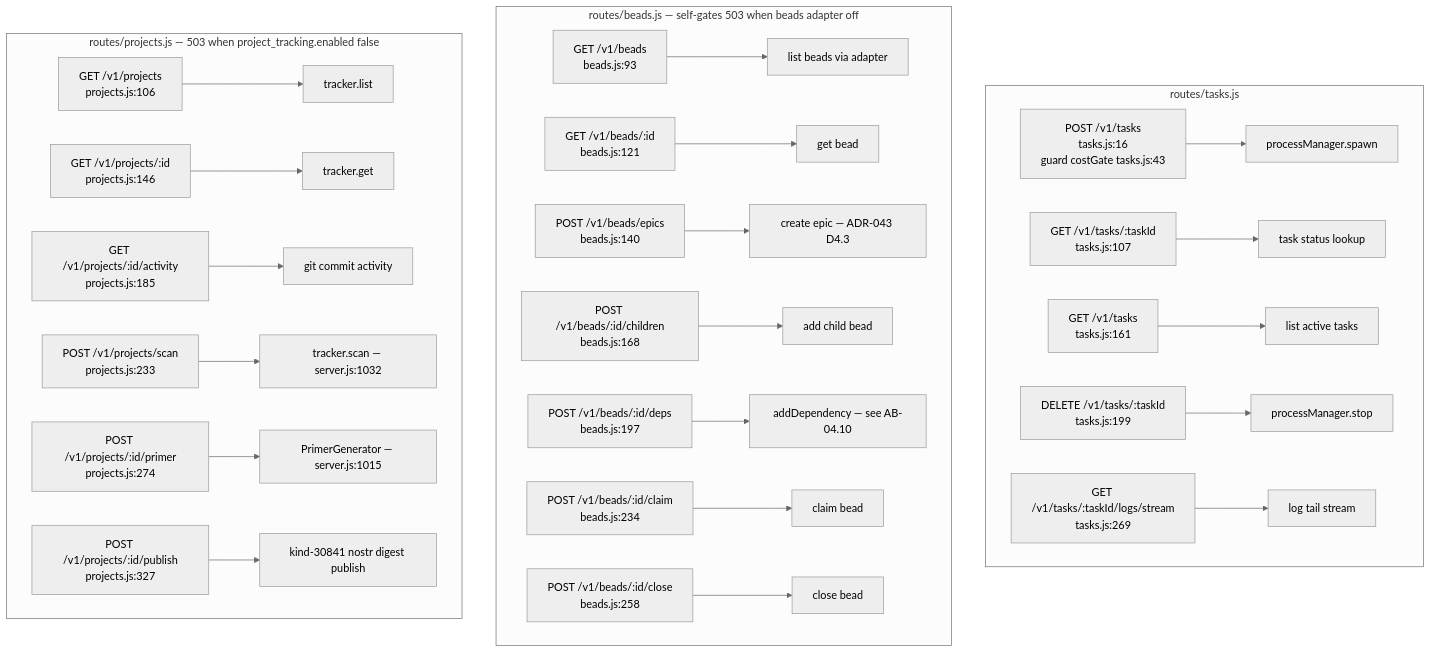
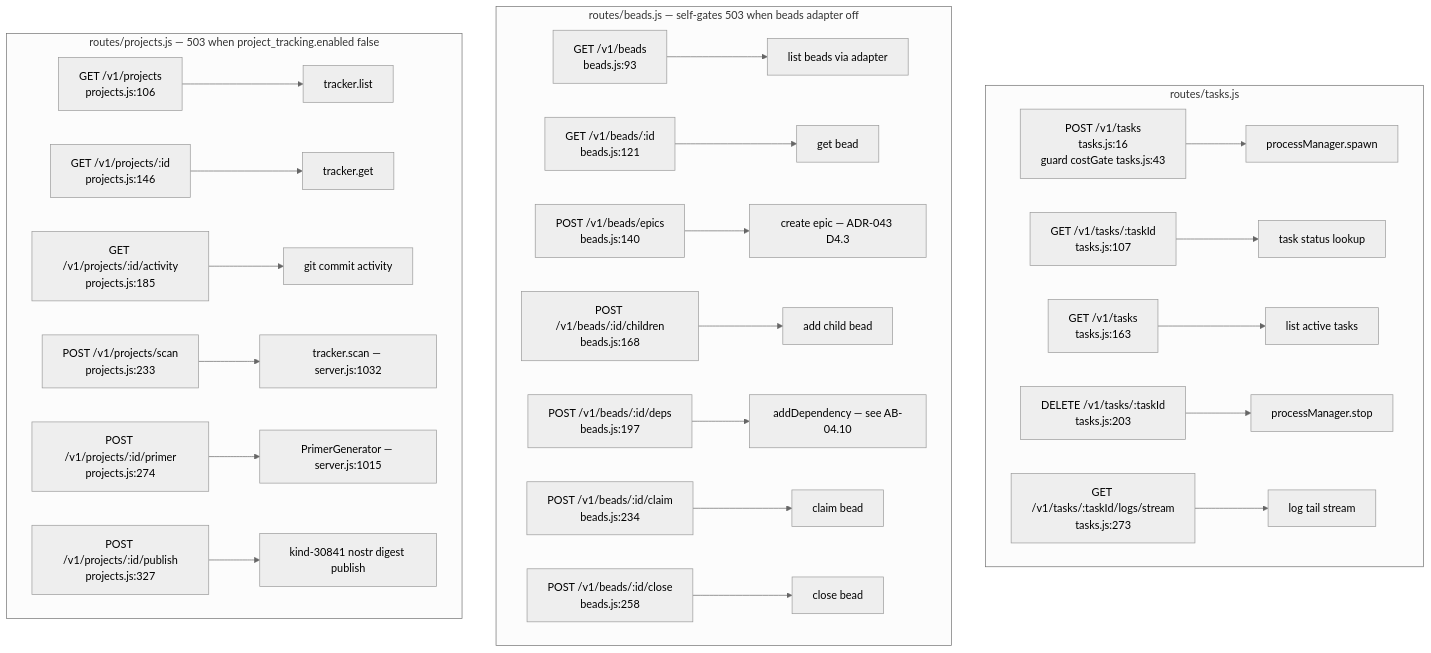
One commit to DreamLab-AI/VisionFlow changed the seventh of 17 diagrams in docs/diagrams/agentbox/03-management-api-request-lifecycle.md. Above: the diagram before and after it, drawn with Mermaid (neutral theme). The commit also changed other lines of this file and 111 other files, not shown here.

Commit message:
docs(diagrams): align estate maps with current source

````diff
--- a/docs/diagrams/agentbox/03-management-api-request-lifecycle.md
+++ b/docs/diagrams/agentbox/03-management-api-request-lifecycle.md
@@ -301,27 +301,27 @@
 ```mermaid
 flowchart TD
     subgraph tasks["routes/tasks.js"]
         T1["POST /v1/tasks<br/>tasks.js:16<br/>guard costGate tasks.js:43"] --> TH1["processManager.spawn"]
         T2["GET /v1/tasks/:taskId<br/>tasks.js:107"] --> TH2["task status lookup"]
-        T3["GET /v1/tasks<br/>tasks.js:161"] --> TH3["list active tasks"]
-        T4["DELETE /v1/tasks/:taskId<br/>tasks.js:199"] --> TH4["processManager.stop"]
-        T5["GET /v1/tasks/:taskId/logs/stream<br/>tasks.js:269"] --> TH5["log tail stream"]
+        T3["GET /v1/tasks<br/>tasks.js:163"] --> TH3["list active tasks"]
+        T4["DELETE /v1/tasks/:taskId<br/>tasks.js:203"] --> TH4["processManager.stop"]
+        T5["GET /v1/tasks/:taskId/logs/stream<br/>tasks.js:273"] --> TH5["log tail stream"]
     end
     subgraph beads["routes/beads.js — self-gates 503 when beads adapter off"]
         B1["GET /v1/beads<br/>beads.js:93"] --> BH1["list beads via adapter"]
         B2["GET /v1/beads/:id<br/>beads.js:121"] --> BH2["get bead"]
         B3["POST /v1/beads/epics<br/>beads.js:140"] --> BH3["create epic — ADR-043 D4.3"]
         B4["POST /v1/beads/:id/children<br/>beads.js:168"] --> BH4["add child bead"]
         B5["POST /v1/beads/:id/deps<br/>beads.js:197"] --> BH5["addDependency — see AB-04.10"]
         B6["POST /v1/beads/:id/claim<br/>beads.js:234"] --> BH6["claim bead"]
         B7["POST /v1/beads/:id/close<br/>beads.js:258"] --> BH7["close bead"]
     end
     subgraph projects["routes/projects.js — 503 when project_tracking.enabled false"]
         P1["GET /v1/projects<br/>projects.js:106"] --> PH1["tracker.list"]
         P2["GET /v1/projects/:id<br/>projects.js:146"] --> PH2["tracker.get"]
         P3["GET /v1/projects/:id/activity<br/>projects.js:185"] --> PH3["git commit activity"]
         P4["POST /v1/projects/scan<br/>projects.js:233"] --> PH4["tracker.scan — server.js:1032"]
         P5["POST /v1/projects/:id/primer<br/>projects.js:274"] --> PH5["PrimerGenerator — server.js:1015"]
         P6["POST /v1/projects/:id/publish<br/>projects.js:327"] --> PH6["kind-30841 nostr digest publish"]
     end
 ```
````
